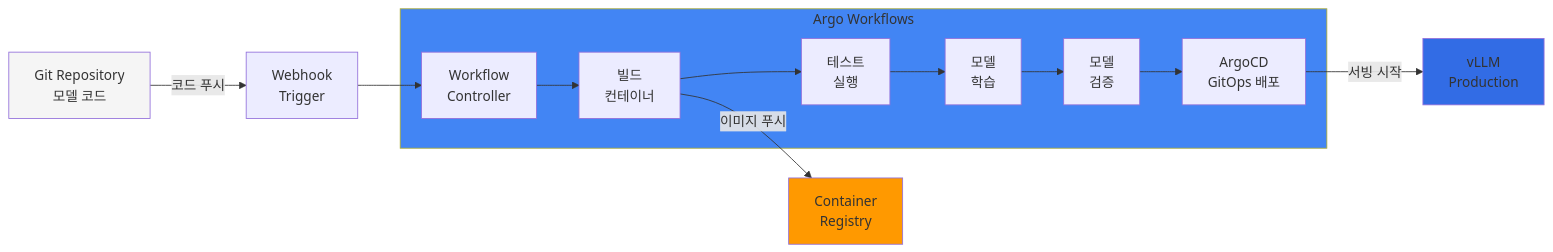
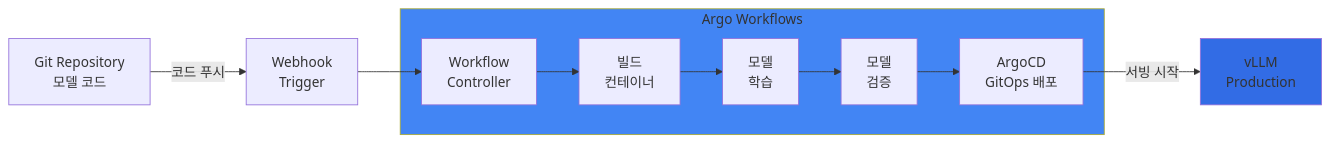
Before and after one commit to devfloor9/engineering-playbook: the fifth of 6 diagrams in docs/agentic-ai-platform/reference-architecture/mlops-pipeline-eks.md, drawn with Mermaid. The commit also changed other lines of this file and 6 other files, not shown here.

````diff
--- a/docs/agentic-ai-platform/reference-architecture/mlops-pipeline-eks.md
+++ b/docs/agentic-ai-platform/reference-architecture/mlops-pipeline-eks.md
@@ -935,33 +557,23 @@
 ```mermaid
 flowchart LR
     GIT[Git Repository<br/>모델 코드]
     TRIGGER[Webhook<br/>Trigger]
 
     subgraph Argo["Argo Workflows"]
         WORKFLOW[Workflow<br/>Controller]
         BUILD[빌드<br/>컨테이너]
-        TEST[테스트<br/>실행]
         TRAIN[모델<br/>학습]
         VALIDATE[모델<br/>검증]
         DEPLOY[ArgoCD<br/>GitOps 배포]
     end
 
-    REGISTRY[Container<br/>Registry]
     VLLM_PROD[vLLM<br/>Production]
 
     GIT -->|코드 푸시| TRIGGER
     TRIGGER --> WORKFLOW
-    WORKFLOW --> BUILD
-    BUILD --> TEST
-    TEST --> TRAIN
-    TRAIN --> VALIDATE
-    VALIDATE --> DEPLOY
-
-    BUILD -->|이미지 푸시| REGISTRY
+    WORKFLOW --> BUILD --> TRAIN --> VALIDATE --> DEPLOY
     DEPLOY -->|서빙 시작| VLLM_PROD
 
-    style GIT fill:#f5f5f5
     style Argo fill:#4285f4
-    style REGISTRY fill:#ff9900
     style VLLM_PROD fill:#326ce5
 ```
````
